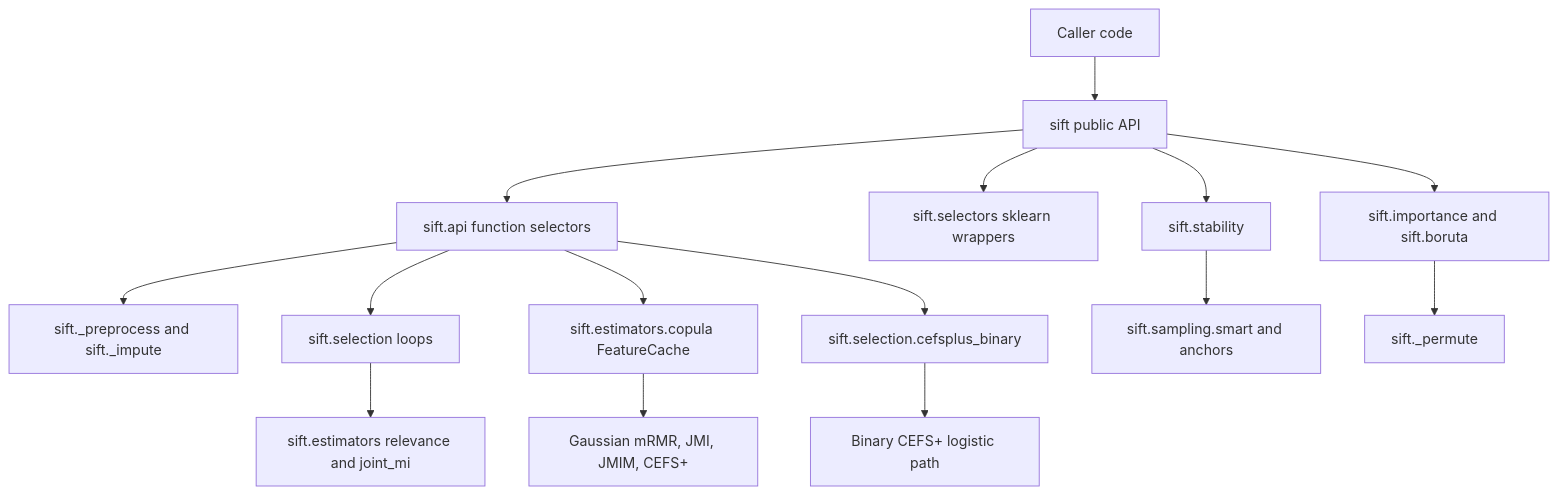
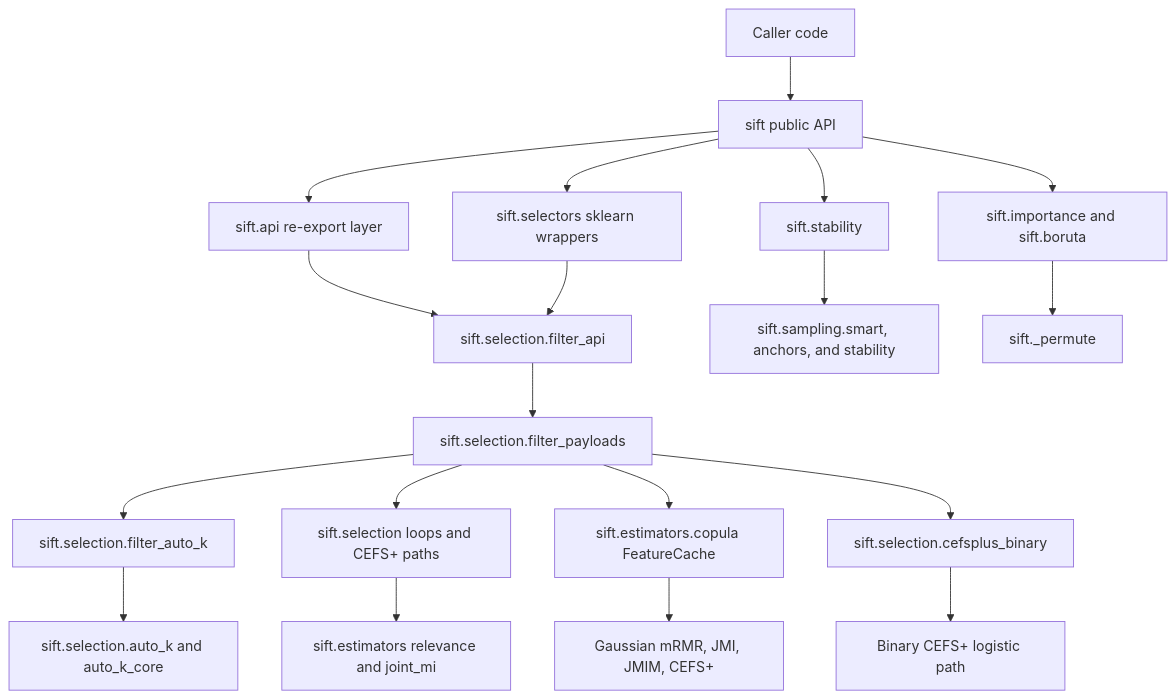
One commit to kmedved/sift changed the diagram in docs/architecture.md. Above: the diagram before and after it, drawn with Mermaid. The commit also changed other lines of this file and 42 other files, not shown here.

Commit message:
Refactor selector API layer and refresh docs

````diff
--- a/docs/architecture.md
+++ b/docs/architecture.md
@@ -7,17 +7,21 @@
 ```mermaid
 flowchart TD
     User["Caller code"] --> PublicAPI["sift public API"]
-    PublicAPI --> FunctionAPI["sift.api function selectors"]
+    PublicAPI --> FunctionAPI["sift.api re-export layer"]
     PublicAPI --> Wrappers["sift.selectors sklearn wrappers"]
     PublicAPI --> Stability["sift.stability"]
     PublicAPI --> Importance["sift.importance and sift.boruta"]
-    FunctionAPI --> Preprocess["sift._preprocess and sift._impute"]
-    FunctionAPI --> Loops["sift.selection loops"]
-    FunctionAPI --> Cache["sift.estimators.copula FeatureCache"]
-    FunctionAPI --> Binary["sift.selection.cefsplus_binary"]
+    FunctionAPI --> FilterAPI["sift.selection.filter_api"]
+    Wrappers --> FilterAPI
+    FilterAPI --> Payloads["sift.selection.filter_payloads"]
+    Payloads --> AutoK["sift.selection.filter_auto_k"]
+    Payloads --> Loops["sift.selection loops and CEFS+ paths"]
+    Payloads --> Cache["sift.estimators.copula FeatureCache"]
+    Payloads --> Binary["sift.selection.cefsplus_binary"]
     Loops --> Estimators["sift.estimators relevance and joint_mi"]
-    Stability --> Sampling["sift.sampling.smart and anchors"]
+    AutoK --> AutoKCore["sift.selection.auto_k and auto_k_core"]
+    Stability --> Sampling["sift.sampling.smart, anchors, and stability"]
     Importance --> Permute["sift._permute"]
     Cache --> Gaussian["Gaussian mRMR, JMI, JMIM, CEFS+"]
     Binary --> BinaryPath["Binary CEFS+ logistic path"]
 ```
````
